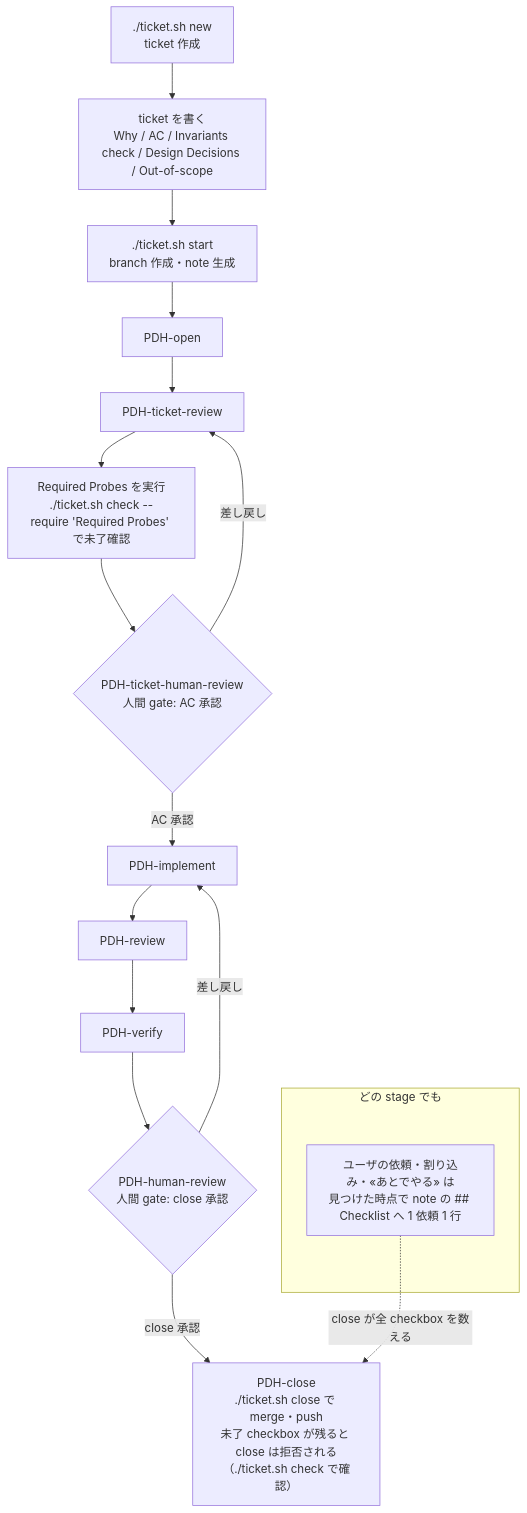
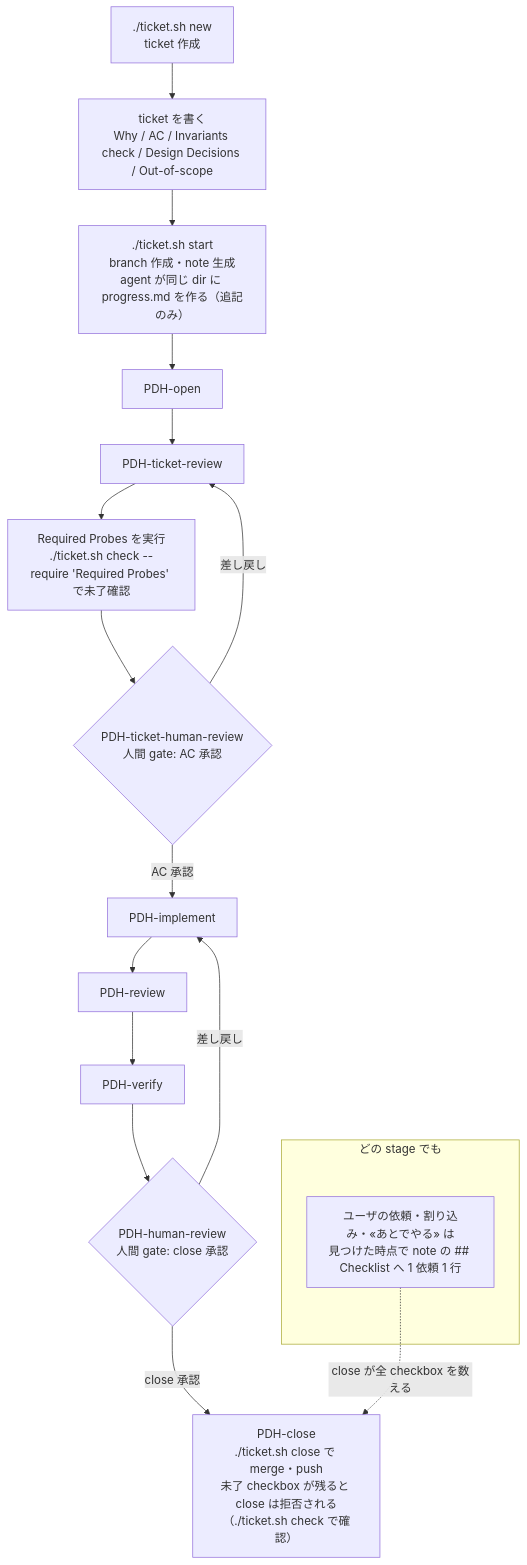
The diagram in docs/PDH-AGENTS.md (masuidrive/pdh), drawn with Mermaid before and after one commit. The commit also changed 3 other files, not shown here.

````diff
--- a/docs/PDH-AGENTS.md
+++ b/docs/PDH-AGENTS.md
@@ -7,20 +7,20 @@
 ```mermaid
 flowchart TD
     new["./ticket.sh new<br/>ticket 作成"] --> write["ticket を書く<br/>Why / AC / Invariants check / Design Decisions / Out-of-scope"]
-    write --> start["./ticket.sh start<br/>branch 作成・note 生成"]
+    write --> start["./ticket.sh start<br/>branch 作成・note 生成<br/>agent が同じ dir に progress.md を作る（追記のみ）"]
     start --> open[PDH-open]
     open --> treview[PDH-ticket-review]
     treview --> probes["Required Probes を実行<br/>./ticket.sh check --require 'Required Probes' で未了確認"]
     probes --> tgate{"PDH-ticket-human-review<br/>人間 gate: AC 承認"}
     tgate -- 差し戻し --> treview
     tgate -- AC 承認 --> impl[PDH-implement]
     impl --> review[PDH-review]
     review --> verify[PDH-verify]
     verify --> hgate{"PDH-human-review<br/>人間 gate: close 承認"}
     hgate -- 差し戻し --> impl
     hgate -- close 承認 --> close["PDH-close<br/>./ticket.sh close で merge・push<br/>未了 checkbox が残ると close は拒否される（./ticket.sh check で確認）"]
     subgraph anytime["どの stage でも"]
       todo["ユーザの依頼・割り込み・«あとでやる» は<br/>見つけた時点で note の ## Checklist へ 1 依頼 1 行"]
     end
     todo -. close が全 checkbox を数える .-> close
 ```
````
